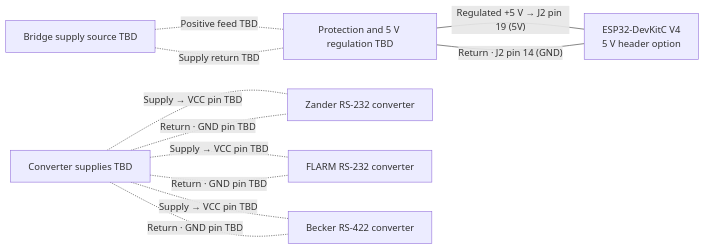
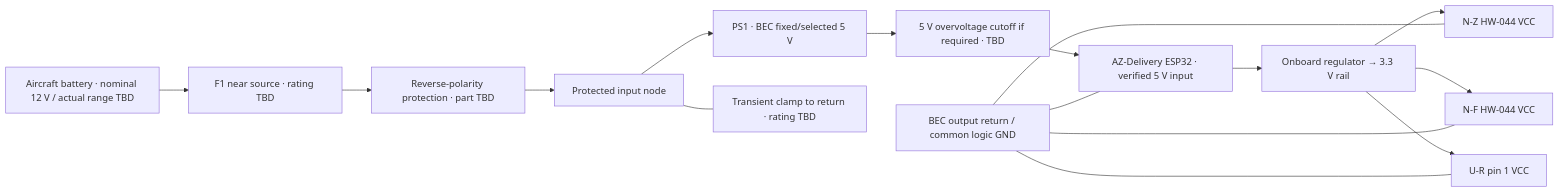
One commit to MomoRC-tech/Becker-AR6201-to-OpenSoar changed the third of 4 diagrams in docs/connections.md. Above: the diagram before and after it, drawn with Mermaid. The commit also changed other lines of this file and 5 other files, not shown here.

Commit message:
Document bench hardware package and selected BEC power path

````diff
--- a/docs/connections.md
+++ b/docs/connections.md
@@ -158,21 +250,16 @@
 ```mermaid
 flowchart LR
-    S["Bridge supply source TBD"]
-    P["Protection and 5 V regulation TBD"]
-    E["ESP32-DevKitC V4<br/>5 V header option"]
-    C["Converter supplies TBD"]
-    ZC["Zander RS-232 converter"]
-    FC["FLARM RS-232 converter"]
-    BC["Becker RS-422 converter"]
-
-    S -.-|"Positive feed TBD"| P
-    S -.-|"Supply return TBD"| P
-    P ---|"Regulated +5 V → J2 pin 19 (5V)"| E
-    P ---|"Return · J2 pin 14 (GND)"| E
-    C -.-|"Supply → VCC pin TBD"| ZC
-    C -.-|"Return · GND pin TBD"| ZC
-    C -.-|"Supply → VCC pin TBD"| FC
-    C -.-|"Return · GND pin TBD"| FC
-    C -.-|"Supply → VCC pin TBD"| BC
-    C -.-|"Return · GND pin TBD"| BC
+    S["Aircraft battery · nominal 12 V / actual range TBD"] --> F["F1 near source · rating TBD"]
+    F --> R["Reverse-polarity protection · part TBD"]
+    R --> P["Protected input node"] --> B["PS1 · BEC fixed/selected 5 V"]
+    P --- T["Transient clamp to return · rating TBD"]
+    B --> O["5 V overvoltage cutoff if required · TBD"] --> E["AZ-Delivery ESP32 · verified 5 V input"]
+    E --> V["Onboard regulator → 3.3 V rail"]
+    V --> Z["N-Z HW-044 VCC"]
+    V --> N["N-F HW-044 VCC"]
+    V --> U["U-R pin 1 VCC"]
+    G["BEC output return / common logic GND"] --- E
+    G --- Z
+    G --- N
+    G --- U
 ```
````
